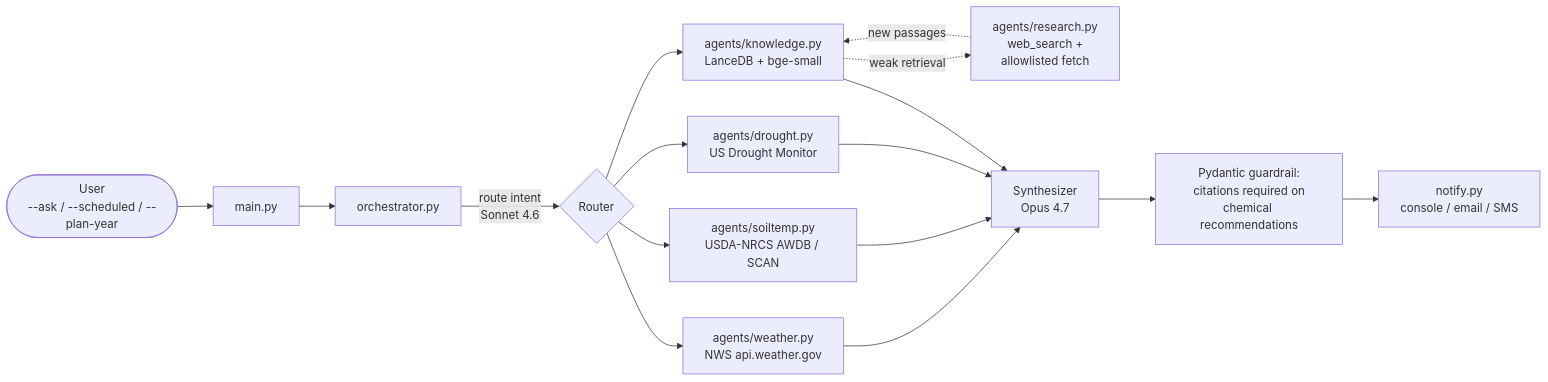
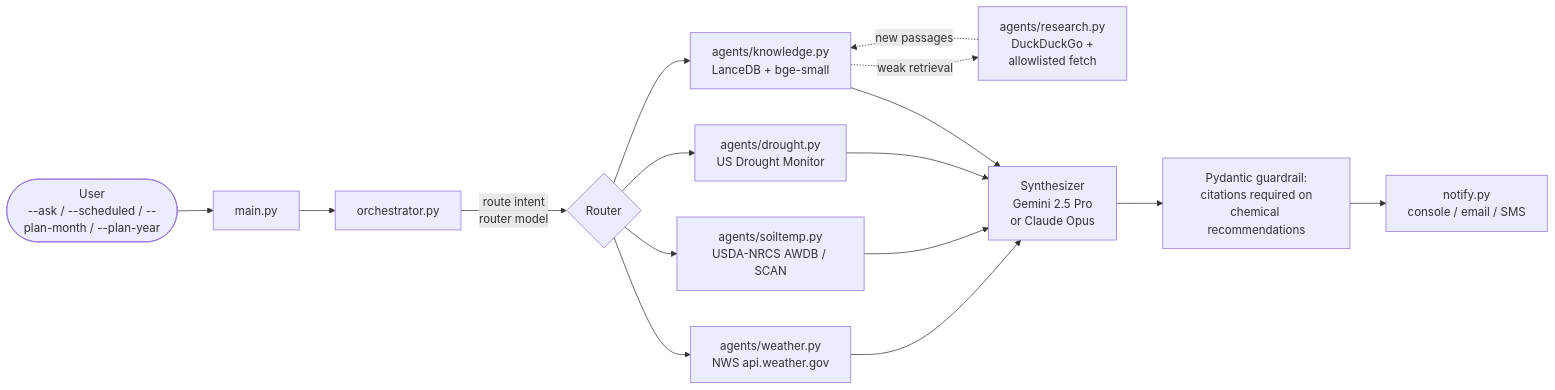
Before and after one commit to mattlawck/lawn-agents: the diagram in README.md, drawn with Mermaid. The commit also changed other lines of this file and 2 other files, not shown here.

````diff
--- a/README.md
+++ b/README.md
@@ -22,22 +27,22 @@
 ```mermaid
 flowchart LR
-    user(["User<br/>--ask / --scheduled / --plan-year"]) --> main
+    user(["User<br/>--ask / --scheduled / --plan-month / --plan-year"]) --> main
     main[main.py] --> orch[orchestrator.py]
 
-    orch -->|route intent<br/>Sonnet 4.6| router{Router}
+    orch -->|route intent<br/>router model| router{Router}
     router --> weather[agents/weather.py<br/>NWS api.weather.gov]
     router --> soil[agents/soiltemp.py<br/>USDA-NRCS AWDB / SCAN]
     router --> drought[agents/drought.py<br/>US Drought Monitor]
     router --> kn[agents/knowledge.py<br/>LanceDB + bge-small]
 
-    kn -.->|weak retrieval| research[agents/research.py<br/>web_search +<br/>allowlisted fetch]
+    kn -.->|weak retrieval| research[agents/research.py<br/>DuckDuckGo +<br/>allowlisted fetch]
     research -.->|new passages| kn
 
     weather --> synth
     soil --> synth
     drought --> synth
-    kn --> synth[Synthesizer<br/>Opus 4.7]
+    kn --> synth[Synthesizer<br/>Gemini 2.5 Pro<br/>or Claude Opus]
 
     synth --> validate[Pydantic guardrail:<br/>citations required on<br/>chemical recommendations]
     validate --> notify[notify.py<br/>console / email / SMS]
 ```
````
